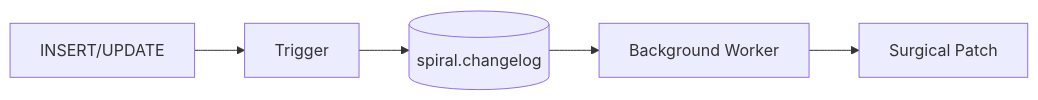
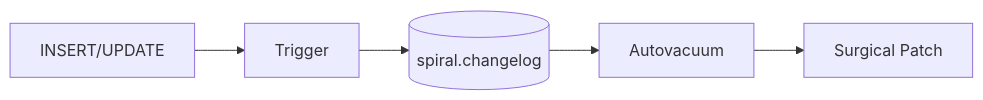
One commit to jonatas/spiral changed the second of 2 diagrams in docs/intro.md. Above: the diagram before and after it, drawn with Mermaid. The commit also changed other lines of this file and 12 other files, not shown here.

Commit message:
Replace background worker with TAM autovacuum hook for IVM

```diff
--- a/docs/intro.md
+++ b/docs/intro.md
@@ -588,7 +588,7 @@
 {% mermaid %}
 graph LR
     A[INSERT/UPDATE] --> B[Trigger]
     B --> C[(spiral.changelog)]
-    C --> D[Background Worker]
+    C --> D[Autovacuum]
     D --> E[Surgical Patch]
 {% endmermaid %}
```
